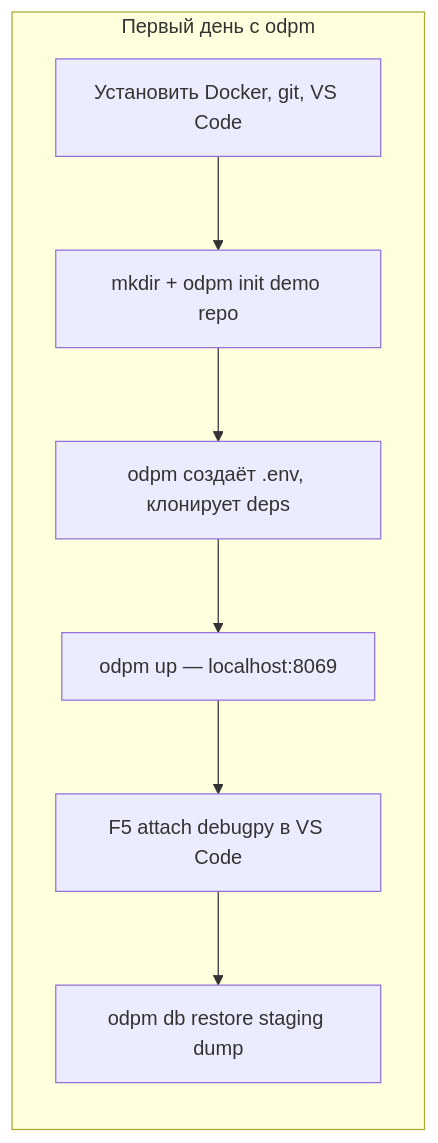
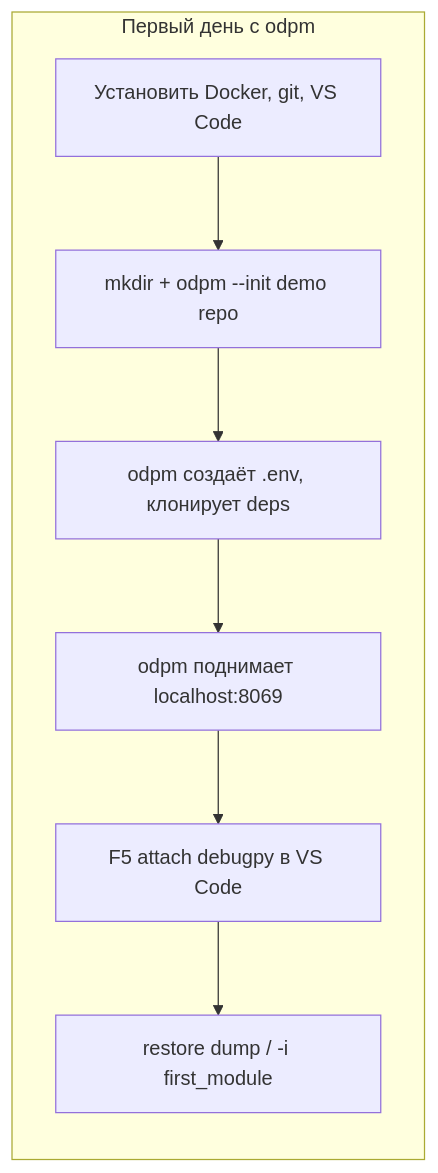
Before and after one commit to aayartsev/odpm: the seventh of 7 diagrams in goals_ru.md, drawn with Mermaid. The commit also changed other lines of this file and 41 other files, not shown here.

````diff
--- a/goals_ru.md
+++ b/goals_ru.md
@@ -346,13 +363,13 @@
 ```mermaid
 flowchart LR
     subgraph day1 [Первый день с odpm]
         direction TB
         s1[Установить Docker, git, VS Code]
-        s2[mkdir + odpm init demo repo]
+        s2[mkdir + odpm --init demo repo]
         s3[odpm создаёт .env, клонирует deps]
-        s4[odpm up — localhost:8069]
+        s4[odpm поднимает localhost:8069]
         s5[F5 attach debugpy в VS Code]
-        s6[odpm db restore staging dump]
+        s6[restore dump / -i first_module]
         s1 --> s2 --> s3 --> s4 --> s5 --> s6
     end
 ```
````
